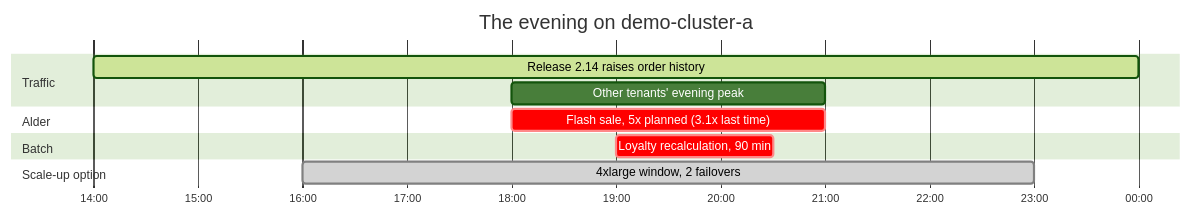
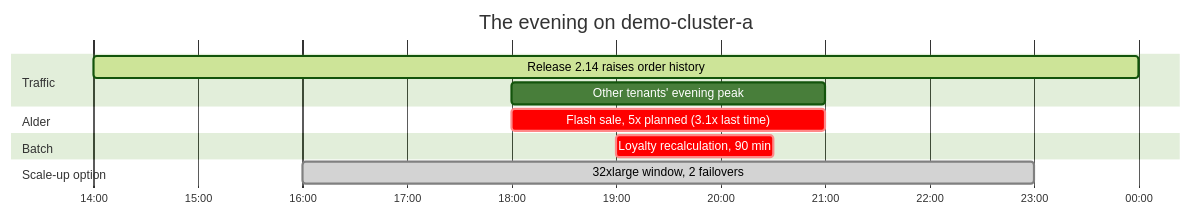
One commit to cris-wendler/capacitylab changed the first of 7 diagrams in README.md. Above: the diagram before and after it, drawn with Mermaid (forest theme). The commit also changed other lines of this file and 3 other files, not shown here.

````diff
--- a/README.md
+++ b/README.md
@@ -119,16 +129,16 @@
 ```mermaid
 gantt
   title The evening on demo-cluster-a
   dateFormat HH:mm
   todayMarker off
   axisFormat %H:%M
   section Traffic
     Release 2.14 raises order history   :active, rel, 14:00, 10h
     Other tenants' evening peak         :peak, 18:00, 3h
   section Alder
     Flash sale, 5x planned (3.1x last time) :crit, sale, 18:00, 3h
   section Batch
     Loyalty recalculation, 90 min       :crit, batch, 19:00, 90m
   section Scale-up option
-    4xlarge window, 2 failovers          :done, scale, 16:00, 7h
+    32xlarge window, 2 failovers         :done, scale, 16:00, 7h
 ```
````
